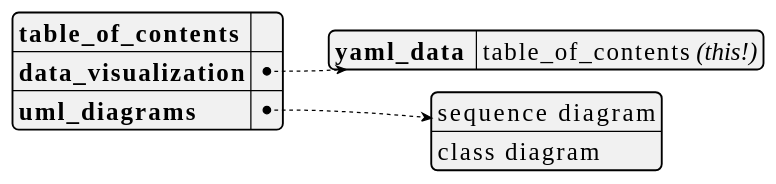
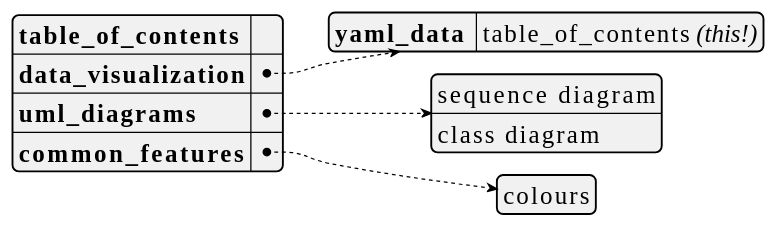
The first of 8 diagrams in plantuml_demo.md (dragondive/heavens-arena), drawn with PlantUML before and after one commit. The commit also changed other lines of this file, not shown here.

Commit message:
added demo: colours

````diff
--- a/plantuml_demo.md
+++ b/plantuml_demo.md
@@ -26,29 +26,31 @@
 ```plantuml
 @startyaml
 <style>
 yamlDiagram {
     node {
         ' use a constant width font because that's what developers do.
         FontName Consolas
         FontSize 20
     }
 }
 </style>
 
 /'TODO:
 It would be cool to hyperlink the entries in the table_of_contents to the
 respective section in the document. Not only would it further accentuate the
 [Medium Awareness](https://tvtropes.org/pmwiki/pmwiki.php/Main/MediumAwareness)
 of this yaml document, but also augment the
 [Anachronic Order](https://tvtropes.org/pmwiki/pmwiki.php/Main/AnachronicOrder)
 of the outer markdown document.
 '/
 
 **table_of_contents**: ""  /' workaround: empty string here to avoid dummy link '/
 data_visualization:
     yaml_data : table_of_contents //(this!)//
 uml_diagrams:
     - sequence diagram
     - class diagram
+common_features:
+    - colours
 @endyaml
 ```
````
